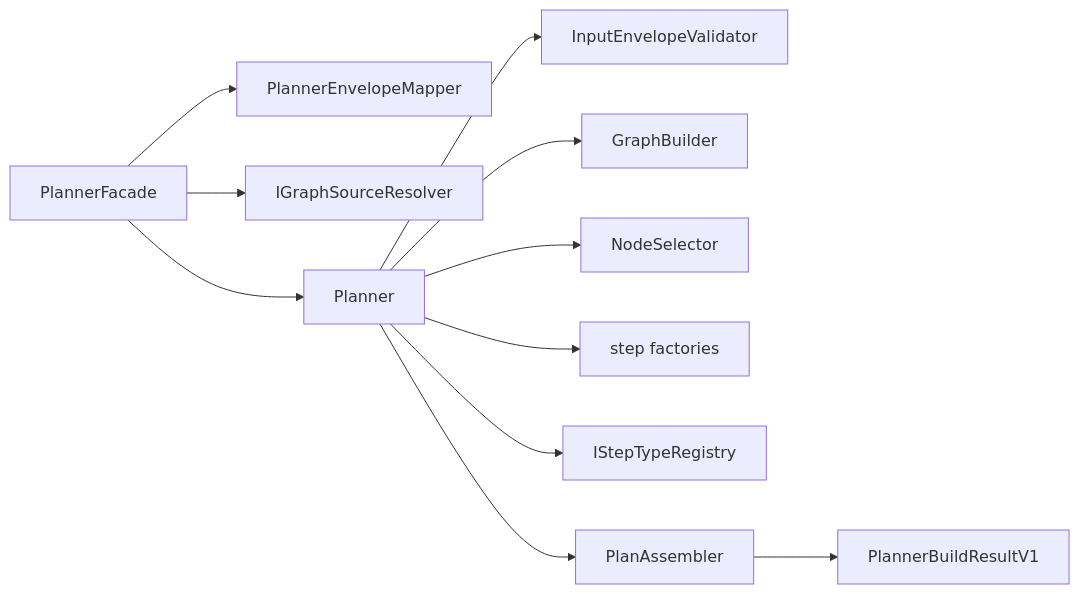
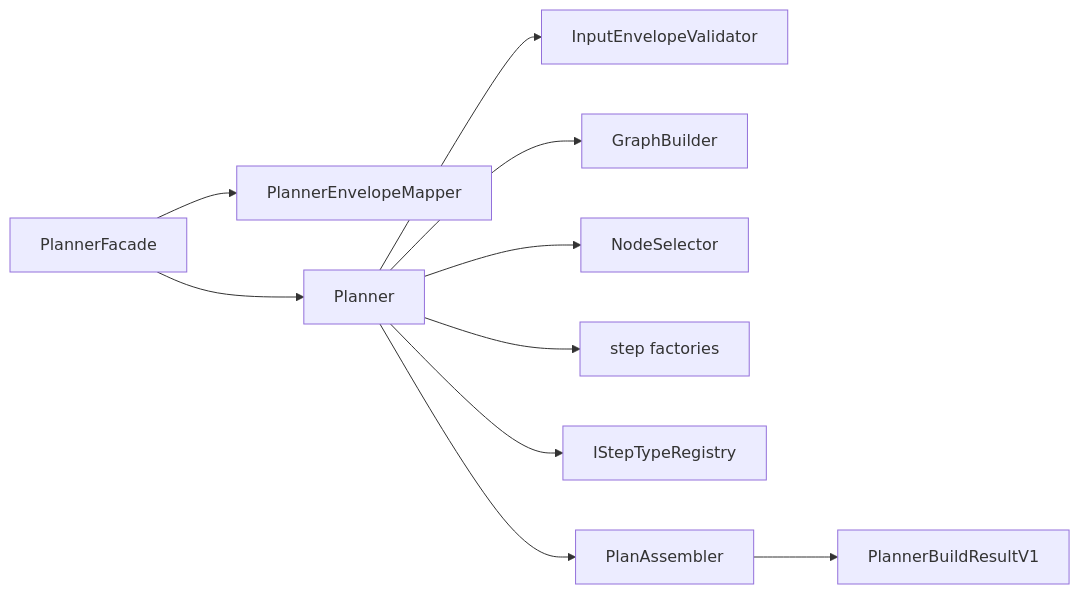
One commit to dunay2/dvt changed the diagram in docs/architecture/components/planner/planner-ddd.md. Above: the diagram before and after it, drawn with Mermaid. The commit also changed other lines of this file and 46 other files, not shown here.

Commit message:
refactor(planner): Hard-cut runtime ingress to canonical graphSource

````diff
--- a/docs/architecture/components/planner/planner-ddd.md
+++ b/docs/architecture/components/planner/planner-ddd.md
@@ -15,13 +15,12 @@
 ```mermaid
 flowchart LR
   Facade["PlannerFacade"] --> Mapper["PlannerEnvelopeMapper"]
-  Facade --> Resolver["IGraphSourceResolver"]
   Facade --> Planner["Planner"]
   Planner --> Validator["InputEnvelopeValidator"]
   Planner --> Graph["GraphBuilder"]
   Planner --> Selector["NodeSelector"]
   Planner --> Factory["step factories"]
   Planner --> Registry["IStepTypeRegistry"]
   Planner --> Assembler["PlanAssembler"]
   Assembler --> Result["PlannerBuildResultV1"]
 ```
````
